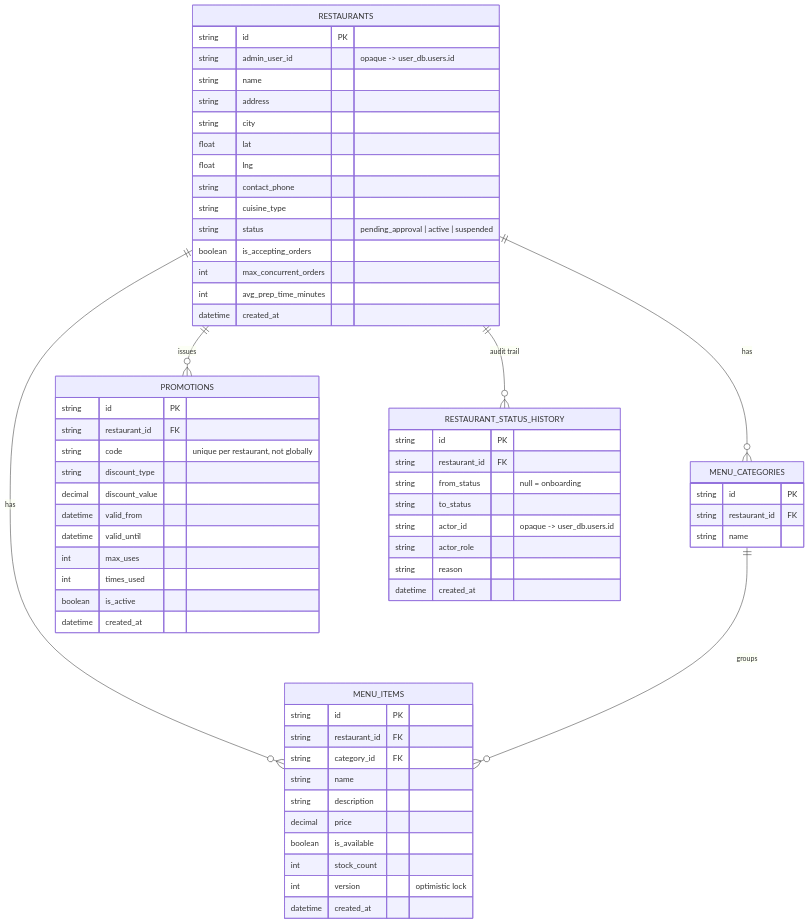
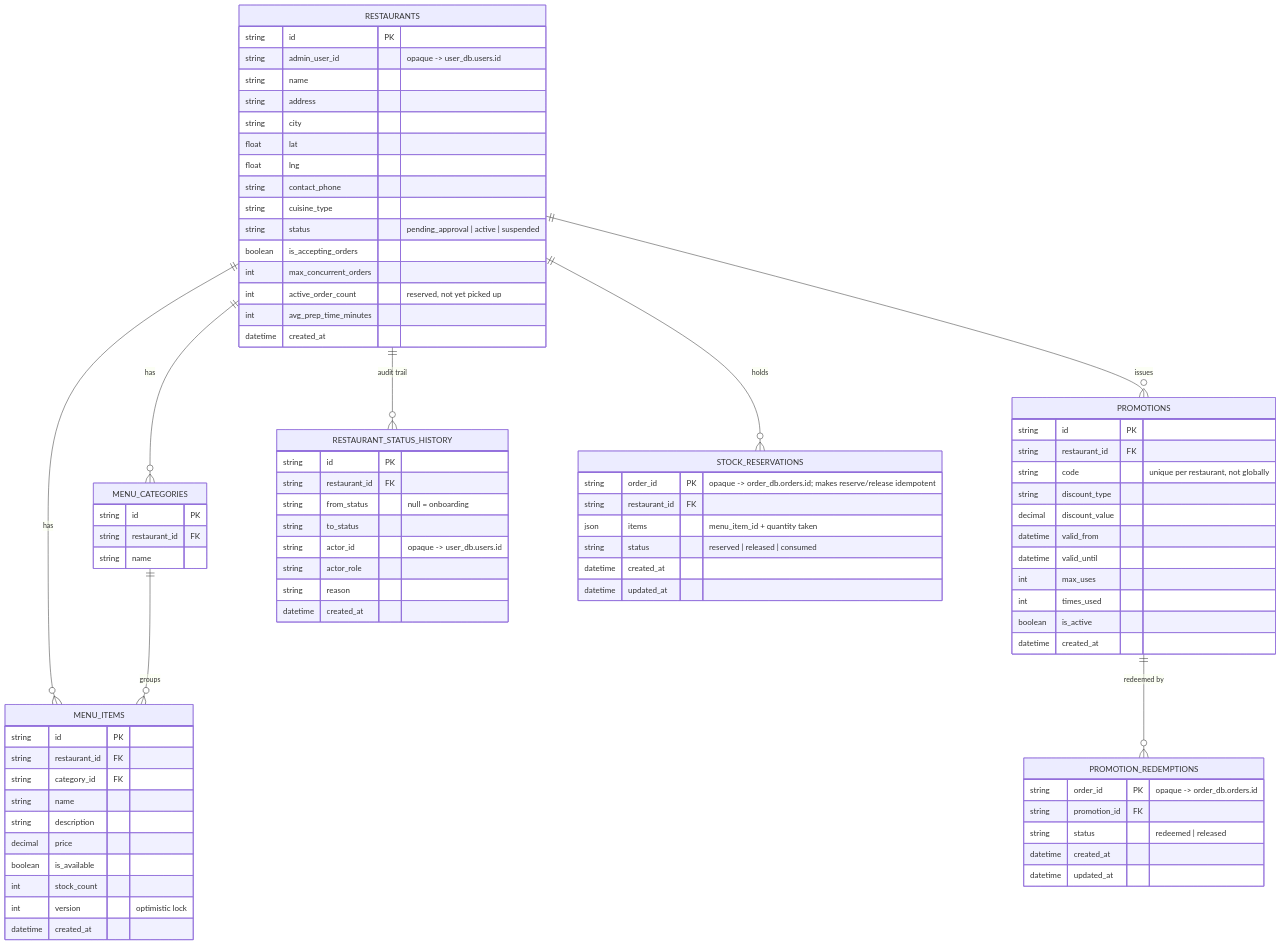
The seventh of 13 diagrams in docs/diagrams.md (umer-emumba/smartfoodops-ms), drawn with Mermaid before and after one commit. The commit also changed other lines of this file and 8 other files, not shown here.

First line of the commit message:
Week 2 step 8: lifecycle scenarios, second seeded rider, docs and diagrams

````diff
--- a/docs/diagrams.md
+++ b/docs/diagrams.md
@@ -108,6 +267,8 @@
     MENU_CATEGORIES ||--o{ MENU_ITEMS : groups
     RESTAURANTS ||--o{ PROMOTIONS : issues
     RESTAURANTS ||--o{ RESTAURANT_STATUS_HISTORY : "audit trail"
+    RESTAURANTS ||--o{ STOCK_RESERVATIONS : holds
+    PROMOTIONS ||--o{ PROMOTION_REDEMPTIONS : "redeemed by"
 
     RESTAURANTS {
         string id PK
@@ -122,6 +283,7 @@
         string status "pending_approval | active | suspended"
         boolean is_accepting_orders
         int max_concurrent_orders
+        int active_order_count "reserved, not yet picked up"
         int avg_prep_time_minutes
         datetime created_at
     }
@@ -165,4 +327,19 @@
         string reason
         datetime created_at
     }
+    STOCK_RESERVATIONS {
+        string order_id PK "opaque -> order_db.orders.id; makes reserve/release idempotent"
+        string restaurant_id FK
+        json items "menu_item_id + quantity taken"
+        string status "reserved | released | consumed"
+        datetime created_at
+        datetime updated_at
+    }
+    PROMOTION_REDEMPTIONS {
+        string order_id PK "opaque -> order_db.orders.id"
+        string promotion_id FK
+        string status "redeemed | released"
+        datetime created_at
+        datetime updated_at
+    }
 ```
````
